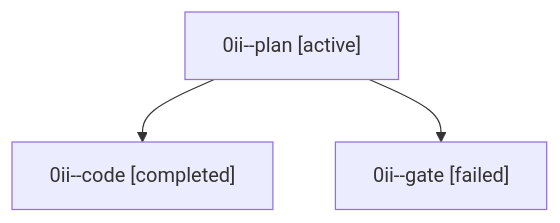
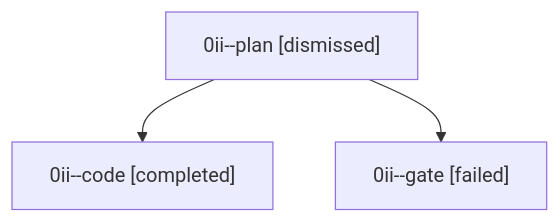
Before and after one commit to sase-org/sase--agents: the diagram in sessions/bbugyi200.athena.0ii.md, drawn with Mermaid. The commit also changed other lines of this file and 43 other files, not shown here.

````diff
--- a/sessions/bbugyi200.athena.0ii.md
+++ b/sessions/bbugyi200.athena.0ii.md
@@ -9,8 +9,8 @@
 ```mermaid
 flowchart TD
-  n0["0ii--plan [active]"]
+  n0["0ii--plan [dismissed]"]
   n1["0ii--code [completed]"]
   n0 --> n1
   n2["0ii--gate [failed]"]
   n0 --> n2
 ```
````
